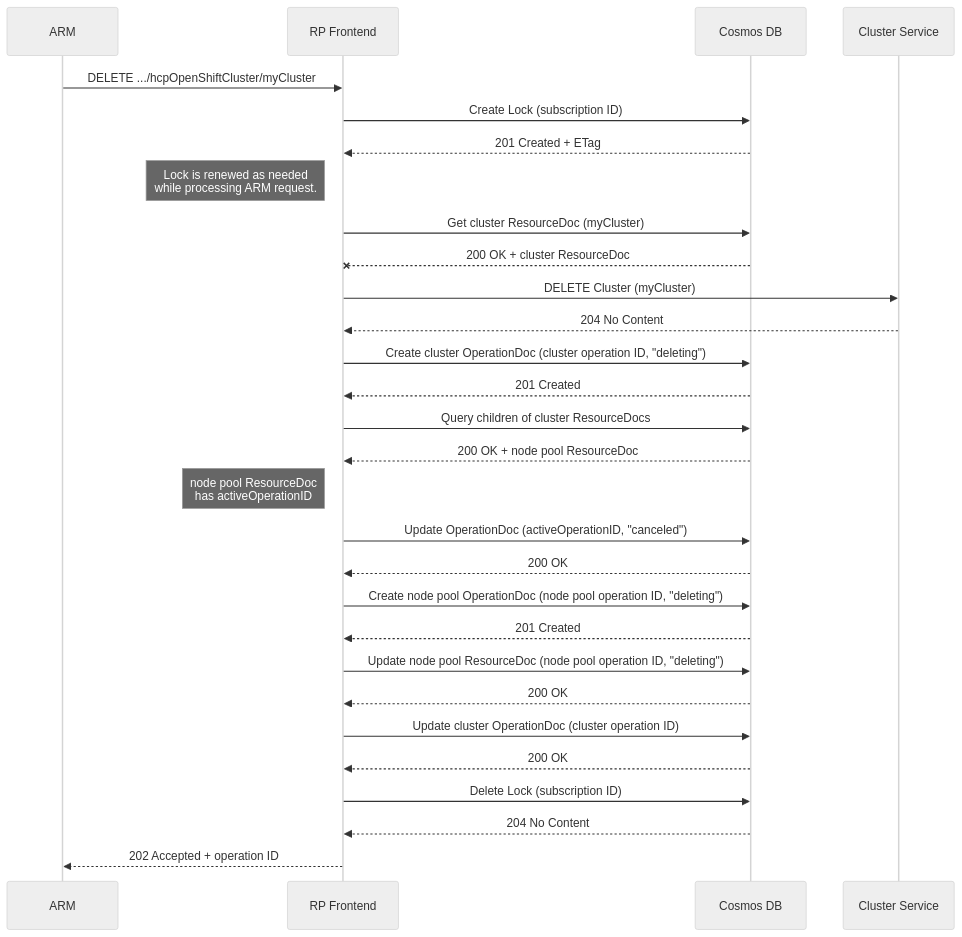
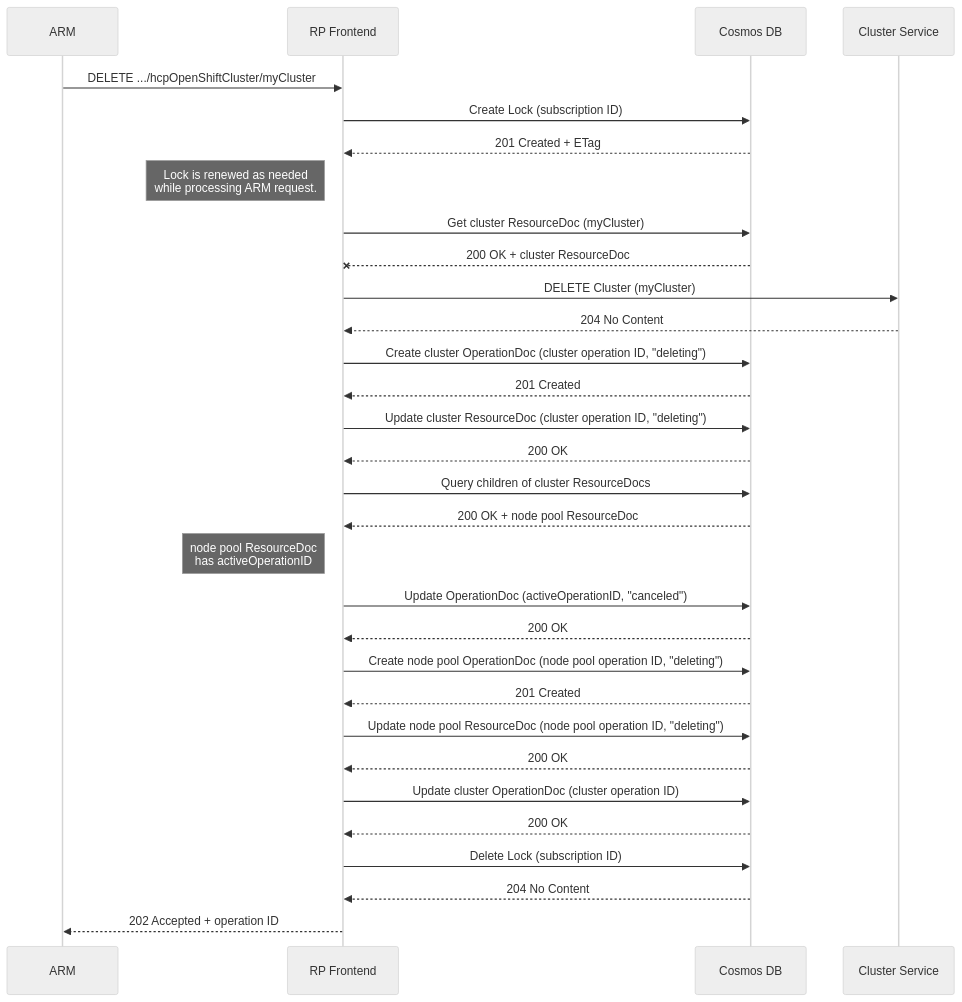
One commit to Azure/ARO-HCP changed the third of 3 diagrams in frontend/asynchronous-operations.md. Above: the diagram before and after it, drawn with Mermaid (neutral theme). The commit also changed other lines of this file, not shown here.

````diff
--- a/frontend/asynchronous-operations.md
+++ b/frontend/asynchronous-operations.md
@@ -475,31 +475,33 @@
 ```mermaid
 sequenceDiagram
     participant ARM
     participant FE as RP Frontend
     participant DB as Cosmos DB
     participant CS as Cluster Service
     ARM->>FE: DELETE .../hcpOpenShiftCluster/myCluster
     FE->>DB: Create Lock (subscription ID)
     DB-->>FE: 201 Created + ETag
     Note left of FE: Lock is renewed as needed<br/>while processing ARM request.
     FE->>DB: Get cluster ResourceDoc (myCluster)
     DB--xFE: 200 OK + cluster ResourceDoc
     FE->>CS: DELETE Cluster (myCluster)
     CS-->>FE: 204 No Content
     FE->>DB: Create cluster OperationDoc (cluster operation ID, "deleting")
     DB-->>FE: 201 Created
+    FE->>DB: Update cluster ResourceDoc (cluster operation ID, "deleting")
+    DB-->>FE: 200 OK
     FE->>DB: Query children of cluster ResourceDocs
     DB-->>FE: 200 OK + node pool ResourceDoc
     Note left of FE: node pool ResourceDoc<br/>has activeOperationID
     FE->>DB: Update OperationDoc (activeOperationID, "canceled")
     DB-->>FE: 200 OK
     FE->>DB: Create node pool OperationDoc (node pool operation ID, "deleting")
     DB-->>FE: 201 Created
     FE->>DB: Update node pool ResourceDoc (node pool operation ID, "deleting")
     DB-->>FE: 200 OK
     FE->>DB: Update cluster OperationDoc (cluster operation ID)
     DB-->>FE: 200 OK
     FE->>DB: Delete Lock (subscription ID)
     DB-->>FE: 204 No Content
     FE-->>ARM: 202 Accepted + operation ID
 ```
````
